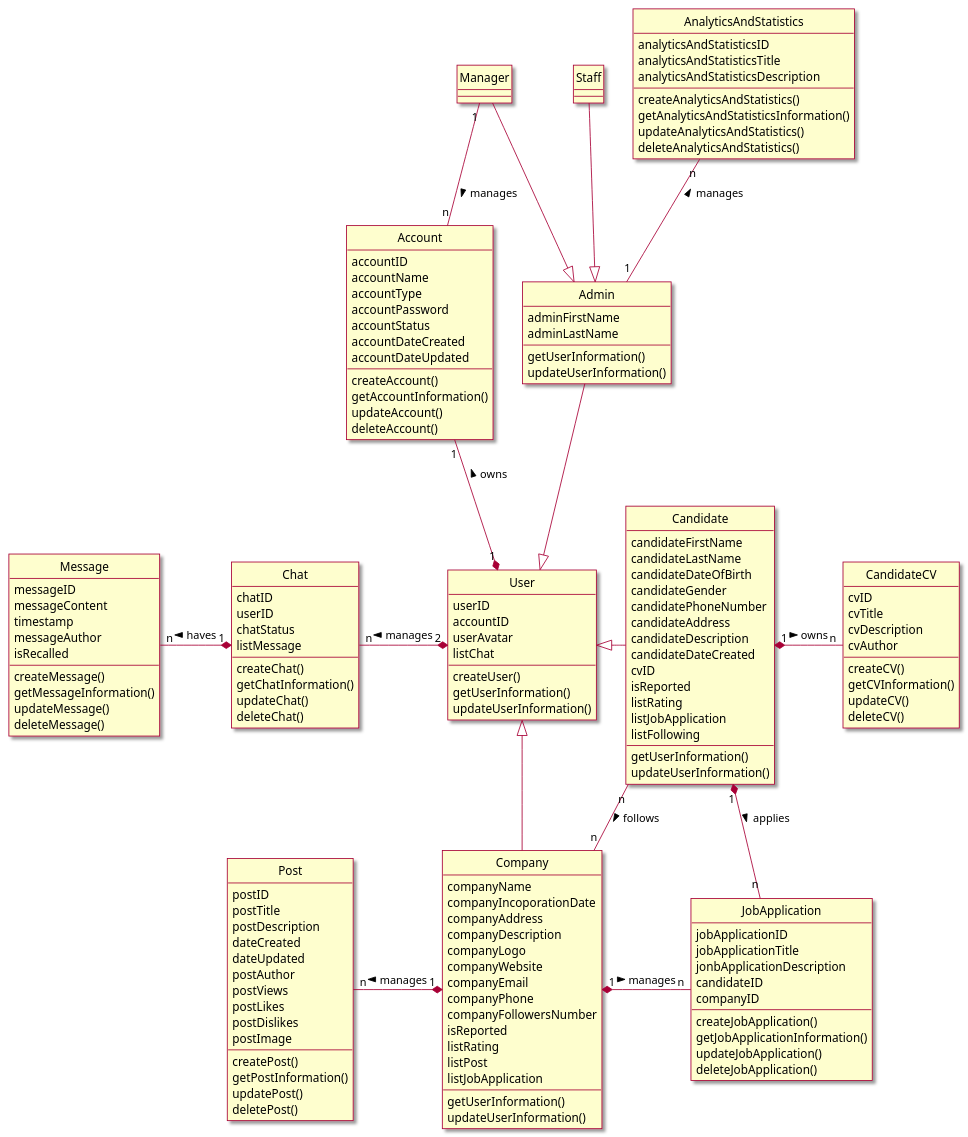
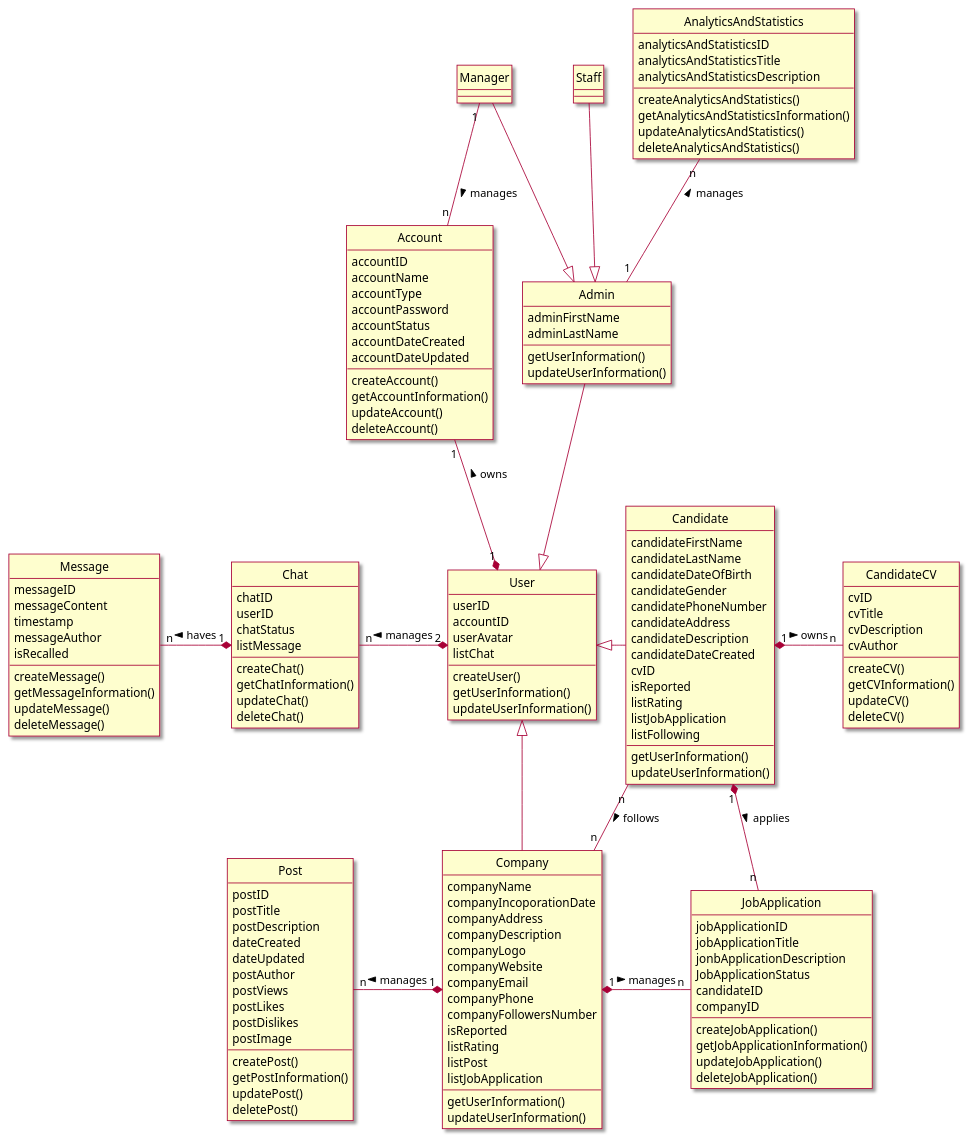
One commit to Griselda4774/EAS-EmploymentAssistanceSystem changed the diagram in Lab1/Lab 1.2 Diagram/Class/FileUML/ClassDiagram.puml. Above: the diagram before and after it, drawn with PlantUML. The commit also changed 20 other files, not shown here.

Commit message:
Add activity diagram 9 - 16

```diff
--- a/Lab1/Lab 1.2 Diagram/Class/FileUML/ClassDiagram.puml
+++ b/Lab1/Lab 1.2 Diagram/Class/FileUML/ClassDiagram.puml
@@ -1,170 +1,171 @@
 @startuml ClassDiagram
 
 hide circle
 skin rose
 
 class Account {
     accountID
     accountName
     accountType
     accountPassword
     accountStatus
     accountDateCreated
     accountDateUpdated
     createAccount()
     getAccountInformation()
     updateAccount()
     deleteAccount()
 }
 
 class User {
     userID
     accountID
     userAvatar
     listChat
     createUser()
     getUserInformation()
     updateUserInformation()
 }
 
 class Admin {
     adminFirstName
     adminLastName
     getUserInformation()
     updateUserInformation()
 }
 
 class Candidate {
     candidateFirstName
     candidateLastName
     candidateDateOfBirth
     candidateGender
     candidatePhoneNumber
     candidateAddress
     candidateDescription
     candidateDateCreated
     cvID
     isReported
     listRating
     listJobApplication
     listFollowing
     getUserInformation()
     updateUserInformation()
 }
 
 class Company {
     companyName
     companyIncoporationDate
     companyAddress
     companyDescription
     companyLogo
     companyWebsite
     companyEmail
     companyPhone
     companyFollowersNumber
     isReported
     listRating
     listPost
     listJobApplication
     getUserInformation()
     updateUserInformation()
 }
 
 class Staff {
 
 }
 
 class Manager {
 
 }
 
 class Post {
     postID
     postTitle
     postDescription
     dateCreated
     dateUpdated
     postAuthor
     postViews
     postLikes
     postDislikes
     postImage
     createPost()
     getPostInformation()
     updatePost()
     deletePost()
 }
 
 class CandidateCV {
     cvID
     cvTitle
     cvDescription
     cvAuthor
     createCV()
     getCVInformation()
     updateCV()
     deleteCV()
 }
 
 class JobApplication {
     jobApplicationID
     jobApplicationTitle
     jonbApplicationDescription
+    JobApplicationStatus
     candidateID
     companyID
     createJobApplication()
     getJobApplicationInformation()
     updateJobApplication()
     deleteJobApplication()
 }
 
 class Chat {
     chatID
     userID
     chatStatus
     listMessage
     createChat()
     getChatInformation()
     updateChat()
     deleteChat()
 }
 
 class Message {
     messageID
     messageContent
     timestamp
     messageAuthor
     isRecalled
     createMessage()
     getMessageInformation()
     updateMessage()
     deleteMessage()
 }
 
 class AnalyticsAndStatistics {
     analyticsAndStatisticsID
     analyticsAndStatisticsTitle
     analyticsAndStatisticsDescription
     createAnalyticsAndStatistics()
     getAnalyticsAndStatisticsInformation()
     updateAnalyticsAndStatistics()
     deleteAnalyticsAndStatistics()
 }
 
 Account "1" --* "1" User: owns <
 Admin --|> User
 User <|-right- Candidate
 User <|-- Company
 Staff --|> Admin
 Manager --|> Admin
 AnalyticsAndStatistics "n" -- "1" Admin: manages <
 Manager "1" -- "n" Account: manages >
 Post "n" -right-* "1" Company: manages <
 Chat "n" -right-* "2" User: manages <
 Message "n" -right-* "1" Chat: haves <
 CandidateCV "n" -left-* "1" Candidate: owns <
 JobApplication "n" -left-* "1" Company: manages <
 Candidate "n" -- "n" Company: follows >
 Candidate "1" *-- "n" JobApplication: applies >
 
 @enduml
```
